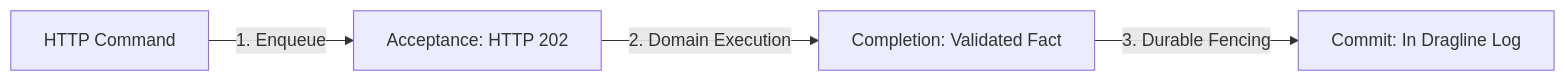
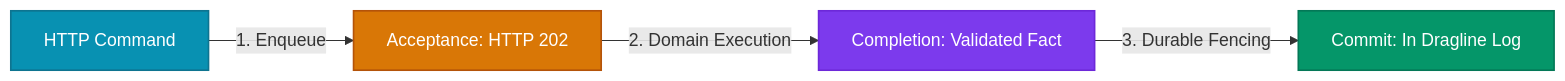
The fourth of 4 diagrams in content/projects/spandrel/index.md (acje/acje.github.io), drawn with Mermaid before and after one commit. The commit also changed other lines of this file and 2 other files, not shown here.

Commit message:
Modernize and unify Mermaid diagram color schemes across project presentations

````diff
--- a/content/projects/spandrel/index.md
+++ b/content/projects/spandrel/index.md
@@ -171,6 +219,16 @@
 ```mermaid
 flowchart LR
     IN[HTTP Command] -->|1. Enqueue| ACCEPT[Acceptance: HTTP 202]
     ACCEPT -->|2. Domain Execution| COMPL[Completion: Validated Fact]
     COMPL -->|3. Durable Fencing| COMMIT[Commit: In Dragline Log]
+
+    classDef cyan fill:#0891b2,stroke:#0e7490,stroke-width:1.5px,color:#ffffff
+    classDef amber fill:#d97706,stroke:#b45309,stroke-width:1.5px,color:#ffffff
+    classDef purple fill:#7c3aed,stroke:#6d28d9,stroke-width:1.5px,color:#ffffff
+    classDef green fill:#059669,stroke:#047857,stroke-width:1.5px,color:#ffffff
+
+    class IN cyan
+    class ACCEPT amber
+    class COMPL purple
+    class COMMIT green
 ```
````
